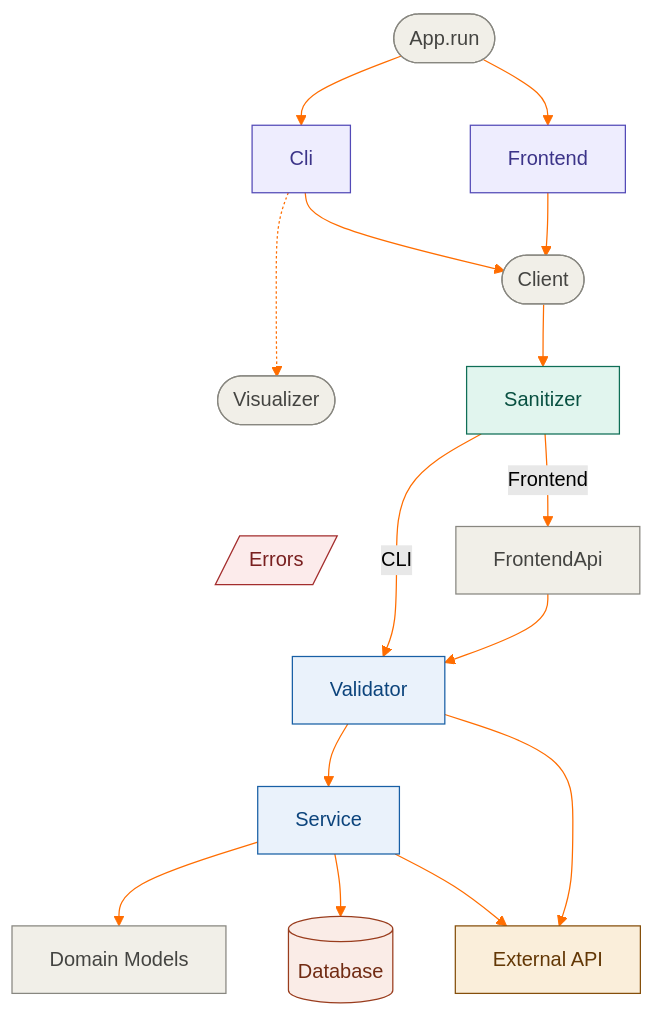
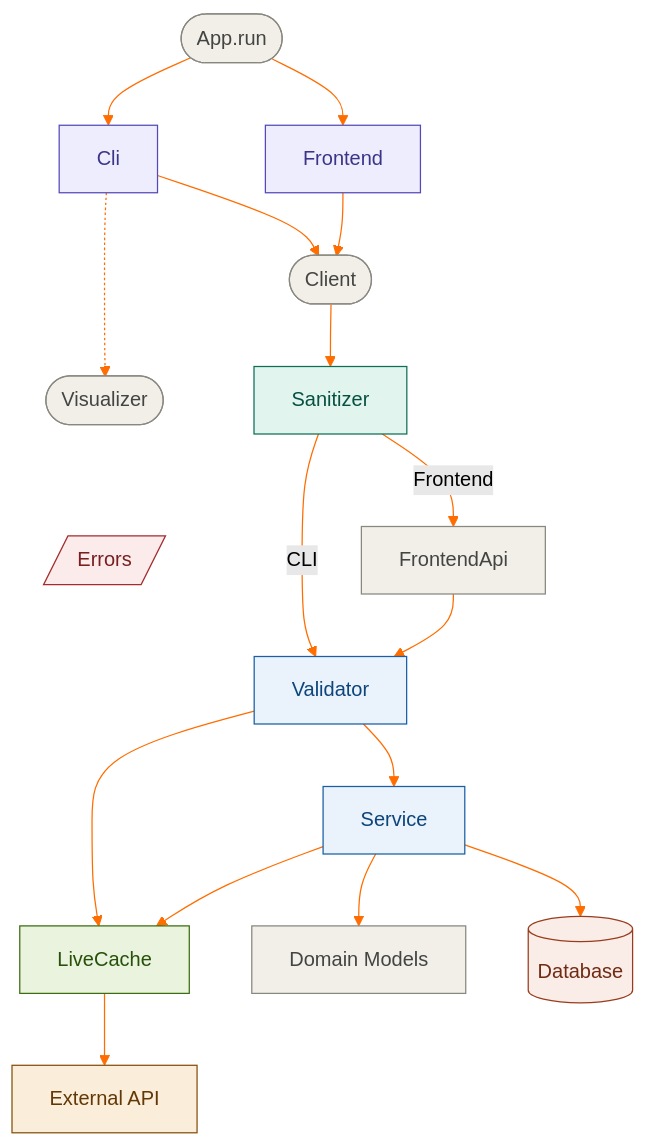
The first of 7 diagrams in diagrams/mermaid-source.md (Aditi1900/investment-app), drawn with Mermaid (forest theme) before and after one commit.

Commit message:
updated the source code for the mermaid src

````diff
--- a/diagrams/mermaid-source.md
+++ b/diagrams/mermaid-source.md
@@ -3,56 +3,48 @@
 ```mermaid
-flowchart TD
-    A([App.run])
-
-    A --> B[Cli]
-    A --> C[Frontend]
-    B -.-> VIZ([Visualizer])
-    VIZ ~~~ ERR[/Errors/]
-    ERR ~~~ G
-
-    B --> D([Client])
+flowchart TB
+    A(["App.run"]) --> B["Cli"] & C["Frontend"]
+    B -.-> VIZ(["Visualizer"])
+    VIZ ~~~ ERR[/"Errors"/]
+    ERR ~~~ G["Validator"]
+    B --> D(["Client"])
     C --> D
-
-    D --> E[Sanitizer]
-
-    E -->|CLI| G[Validator]
-    E -->|Frontend| F[FrontendApi]
+    D --> E["Sanitizer"]
+    E -- CLI --> G
+    E -- Frontend --> F["FrontendApi"]
     F --> G
-
-    G --> H[Service]
-    G --> EXT[External API]
-    EXT ~~~ H
-    H --> DOM[Domain Models]
-    H --> I[(Database)]
-    H --> EXT
+    G --> H["Service"] & LC["LiveCache"]
+    H --> DOM["Domain Models"] & I[("Database")] & LC
+    LC --> EXT["External API"]
 
     style A fill:#F1EFE8,stroke:#888780,color:#444441
-    style D fill:#F1EFE8,stroke:#888780,color:#444441
-    style VIZ fill:#F1EFE8,stroke:#888780,color:#444441
     style B fill:#EEEDFE,stroke:#534AB7,color:#3C3489
     style C fill:#EEEDFE,stroke:#534AB7,color:#3C3489
+    style VIZ fill:#F1EFE8,stroke:#888780,color:#444441
+    style ERR fill:#FCEBEB,stroke:#A32D2D,color:#791F1F
+    style G fill:#EAF2FB,stroke:#185FA5,color:#0C447C
+    style D fill:#F1EFE8,stroke:#888780,color:#444441
     style E fill:#E1F5EE,stroke:#0F6E56,color:#085041
     style F fill:#F1EFE8,stroke:#888780,color:#444441
-    style G fill:#EAF2FB,stroke:#185FA5,color:#0C447C
     style H fill:#EAF2FB,stroke:#185FA5,color:#0C447C
+    style LC fill:#EAF3DE,stroke:#3B6D11,color:#27500A
+    style DOM fill:#F1EFE8,stroke:#888780,color:#444441
     style I fill:#FAECE7,stroke:#993C1D,color:#712B13
     style EXT fill:#FAEEDA,stroke:#854F0B,color:#633806
-    style DOM fill:#F1EFE8,stroke:#888780,color:#444441
-    style ERR fill:#FCEBEB,stroke:#A32D2D,color:#791F1F
     linkStyle 0 stroke:#FF6D00,fill:none
     linkStyle 1 stroke:#FF6D00,fill:none
     linkStyle 2 stroke:#FF6D00,fill:none
     linkStyle 3 stroke:#FF6D00,fill:none
     linkStyle 4 stroke:#FF6D00,fill:none
     linkStyle 5 stroke:#FF6D00,fill:none
     linkStyle 6 stroke:#FF6D00,fill:none
     linkStyle 7 stroke:#FF6D00,fill:none
     linkStyle 8 stroke:#FF6D00,fill:none
     linkStyle 9 stroke:#FF6D00,fill:none
     linkStyle 10 stroke:#FF6D00,fill:none
     linkStyle 11 stroke:#FF6D00,fill:none
     linkStyle 12 stroke:#FF6D00,fill:none
-    linkStyle 14 stroke:#FF6D00
+    linkStyle 13 stroke:#FF6D00,fill:none
+    linkStyle 14 stroke:#FF6D00,fill:none
     linkStyle 15 stroke:#FF6D00,fill:none
-    linkStyle 16 stroke:#FF6D00,fill:none
+    linkStyle 16 stroke:#FF6D00
 ```
````
